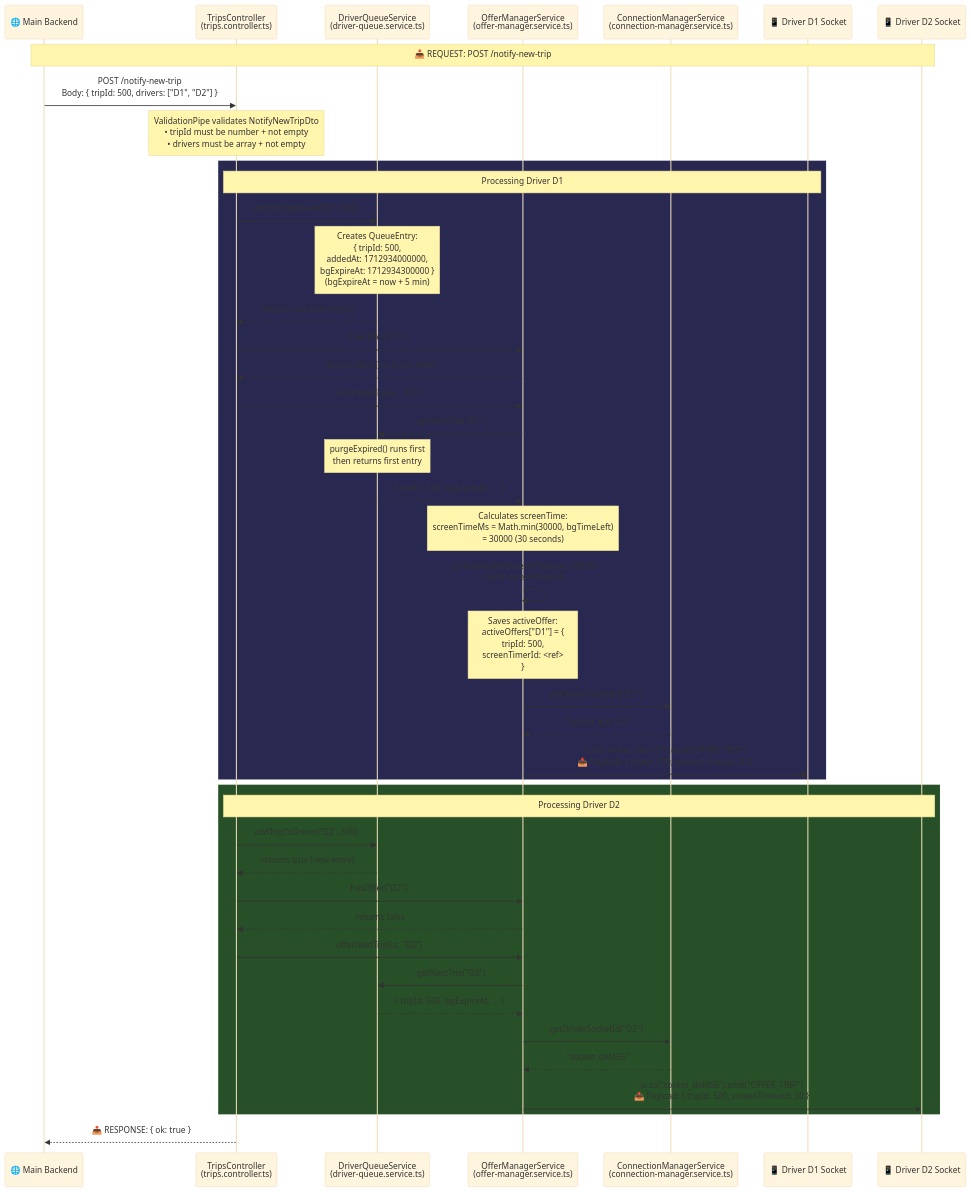
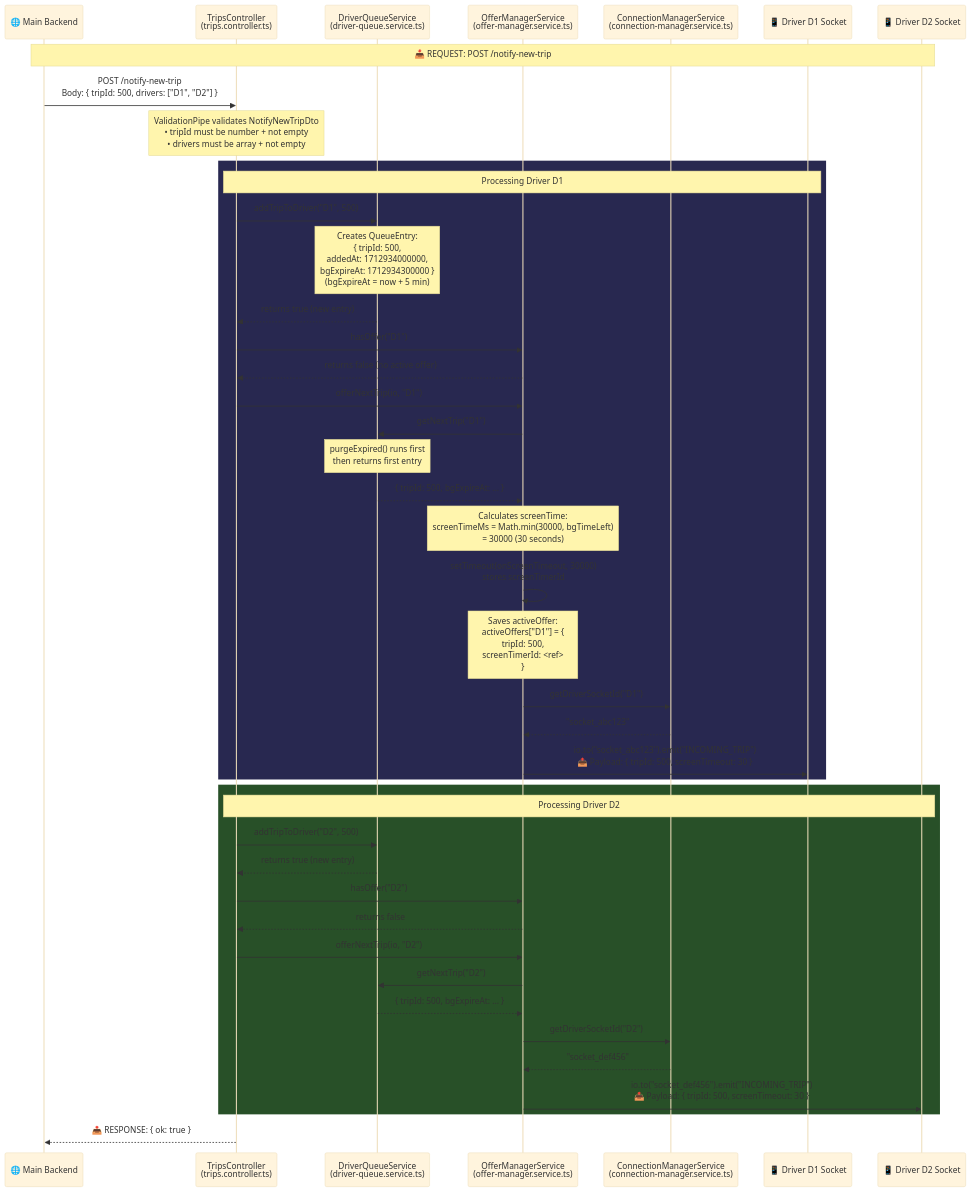
The third of 21 diagrams in DOCUMENTATION.md (rahul-shaw18/loadgo-nestjs-server), drawn with Mermaid (base theme) before and after one commit. The commit also changed other lines of this file and 4 other files, not shown here.

Commit message:
feat: implement TripsGateway and OfferManagerService to handle real-time trip assignment and socket event synchronization

````diff
--- a/DOCUMENTATION.md
+++ b/DOCUMENTATION.md
@@ -119,50 +119,50 @@
 ```mermaid
 sequenceDiagram
     participant BE as 🌐 Main Backend
     participant CTRL as TripsController<br/>(trips.controller.ts)
     participant DQ as DriverQueueService<br/>(driver-queue.service.ts)
     participant OM as OfferManagerService<br/>(offer-manager.service.ts)
     participant CM as ConnectionManagerService<br/>(connection-manager.service.ts)
     participant D1 as 📱 Driver D1 Socket
     participant D2 as 📱 Driver D2 Socket
 
     Note over BE,D2: 📥 REQUEST: POST /notify-new-trip
 
     BE->>CTRL: POST /notify-new-trip<br/>Body: { tripId: 500, drivers: ["D1", "D2"] }
     Note over CTRL: ValidationPipe validates NotifyNewTripDto<br/>• tripId must be number + not empty<br/>• drivers must be array + not empty
 
     rect rgb(40, 40, 80)
         Note over CTRL,D1: Processing Driver D1
         CTRL->>DQ: addTripToDriver("D1", 500)
         Note over DQ: Creates QueueEntry:<br/>{ tripId: 500,<br/>  addedAt: 1712934000000,<br/>  bgExpireAt: 1712934300000 }<br/>(bgExpireAt = now + 5 min)
         DQ-->>CTRL: returns true (new entry)
         CTRL->>OM: hasOffer("D1")
         OM-->>CTRL: returns false (no active offer)
         CTRL->>OM: offerNextTrip(io, "D1")
         OM->>DQ: getNextTrip("D1")
         Note over DQ: purgeExpired() runs first<br/>then returns first entry
         DQ-->>OM: { tripId: 500, bgExpireAt: ... }
         Note over OM: Calculates screenTime:<br/>screenTimeMs = Math.min(30000, bgTimeLeft)<br/>= 30000 (30 seconds)
         OM->>OM: setTimeout(onScreenTimeout, 30000)<br/>stores screenTimerId
         Note over OM: Saves activeOffer:<br/>activeOffers["D1"] = {<br/>  tripId: 500,<br/>  screenTimerId: <ref><br/>}
         OM->>CM: getDriverSocketId("D1")
         CM-->>OM: "socket_abc123"
-        OM->>D1: io.to("socket_abc123").emit("OFFER_TRIP")<br/>📤 Payload: { tripId: 500, screenTimeout: 30 }
+        OM->>D1: io.to("socket_abc123").emit("INCOMING_TRIP")<br/>📤 Payload: { tripId: 500, screenTimeout: 30 }
     end
 
     rect rgb(40, 80, 40)
         Note over CTRL,D2: Processing Driver D2
         CTRL->>DQ: addTripToDriver("D2", 500)
         DQ-->>CTRL: returns true (new entry)
         CTRL->>OM: hasOffer("D2")
         OM-->>CTRL: returns false
         CTRL->>OM: offerNextTrip(io, "D2")
         OM->>DQ: getNextTrip("D2")
         DQ-->>OM: { tripId: 500, bgExpireAt: ... }
         OM->>CM: getDriverSocketId("D2")
         CM-->>OM: "socket_def456"
-        OM->>D2: io.to("socket_def456").emit("OFFER_TRIP")<br/>📤 Payload: { tripId: 500, screenTimeout: 30 }
+        OM->>D2: io.to("socket_def456").emit("INCOMING_TRIP")<br/>📤 Payload: { tripId: 500, screenTimeout: 30 }
     end
 
     CTRL-->>BE: 📤 RESPONSE: { ok: true }
 ```
````
